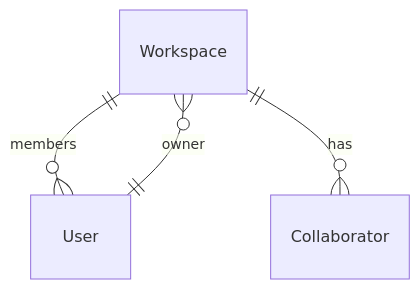
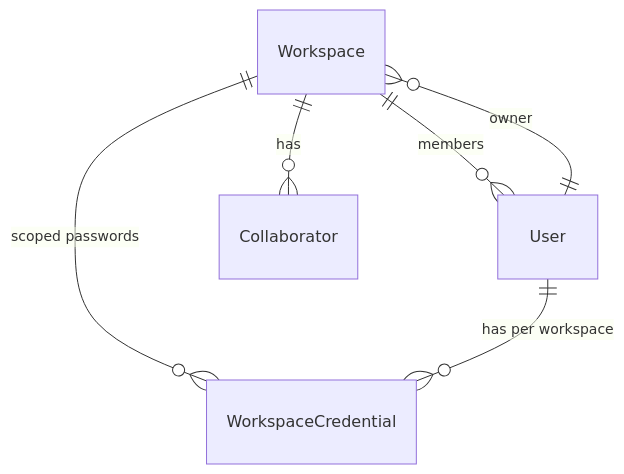
One commit to viniciusxavierbmx2016/applyfy-mvp changed the second of 7 diagrams in docs/02-erd-modelo-dados.md. Above: the diagram before and after it, drawn with Mermaid. The commit also changed other lines of this file and 5 other files, not shown here.

````diff
--- a/docs/02-erd-modelo-dados.md
+++ b/docs/02-erd-modelo-dados.md
@@ -45,6 +45,8 @@
 ```mermaid
 erDiagram
   Workspace ||--o{ User : "members"
   Workspace }o--|| User : "owner"
   Workspace ||--o{ Collaborator : "has"
+  Workspace ||--o{ WorkspaceCredential : "scoped passwords"
+  User ||--o{ WorkspaceCredential : "has per workspace"
 ```
````
